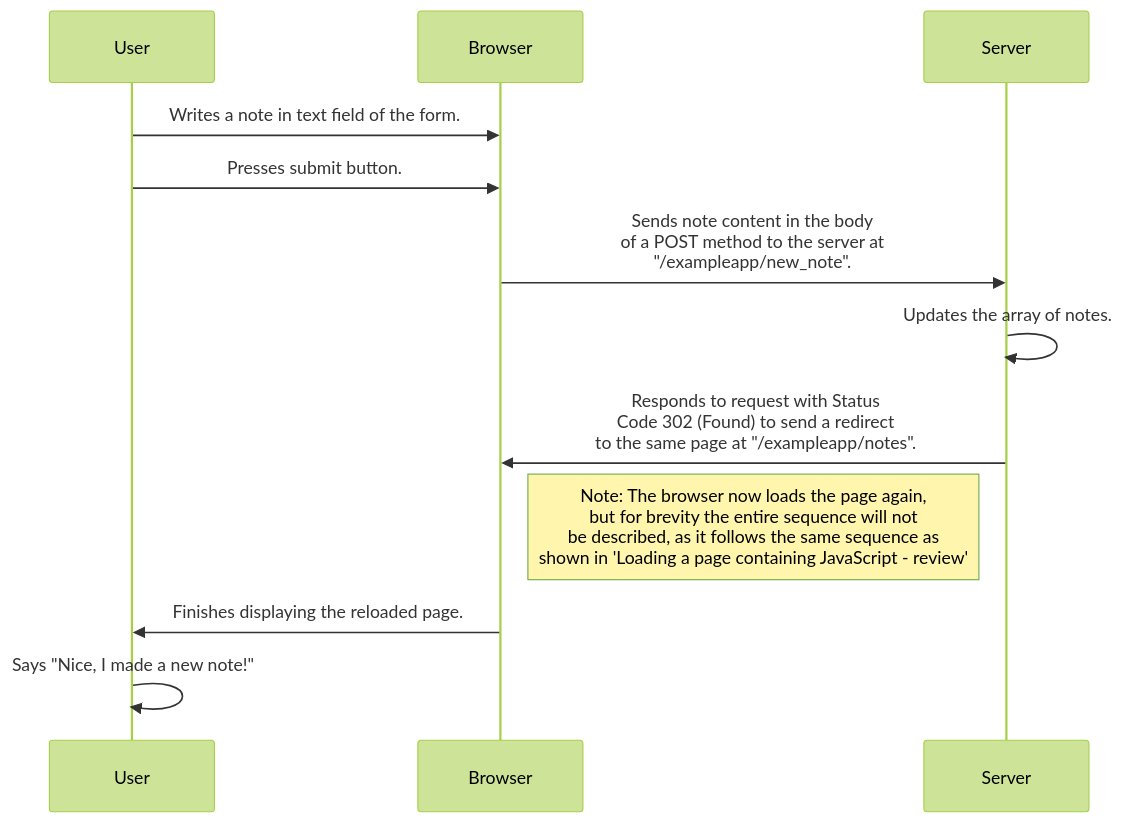
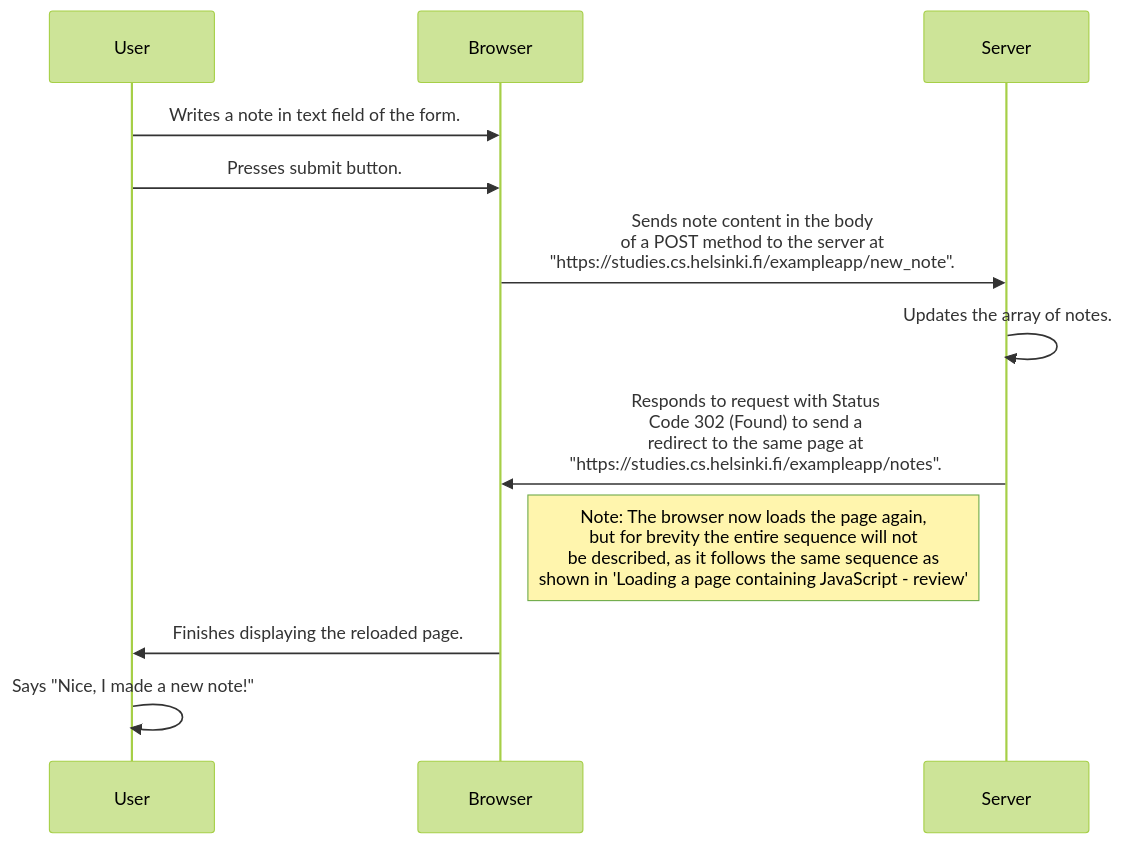
The diagram in part0/0.4_NewNote.md (DefaultSobriquet/FullStackOpen), drawn with Mermaid (forest theme) before and after one commit. The commit also changed 1 other file, not shown here.

Commit message:
Reformat links for Part 0 Exercises.

````diff
--- a/part0/0.4_NewNote.md
+++ b/part0/0.4_NewNote.md
@@ -3,14 +3,14 @@
 ```mermaid
 sequenceDiagram
 participant User
 participant Browser
 participant Server
 User->>Browser: Writes a note in text field of the form.
 User->>Browser: Presses submit button.
-Browser->>Server: Sends note content in the body<br> of a POST method to the server at <br> "/exampleapp/new_note".
+Browser->>Server: Sends note content in the body<br> of a POST method to the server at <br>"https://studies.cs.helsinki.fi/exampleapp/new_note".
 Server->>Server: Updates the array of notes.
-Server->>Browser: Responds to request with Status<br> Code 302 (Found) to send a redirect<br>to the same page at "/exampleapp/notes".
+Server->>Browser: Responds to request with Status<br> Code 302 (Found) to send a<br> redirect to the same page at <br>"https://studies.cs.helsinki.fi/exampleapp/notes".
 Note right of Browser: Note: The browser now loads the page again,<br>but for brevity the entire sequence will not<br>be described, as it follows the same sequence as<br> shown in 'Loading a page containing JavaScript - review'
 Browser->>User: Finishes displaying the reloaded page.
 User->>User: Says "Nice, I made a new note!"
 ```
````
